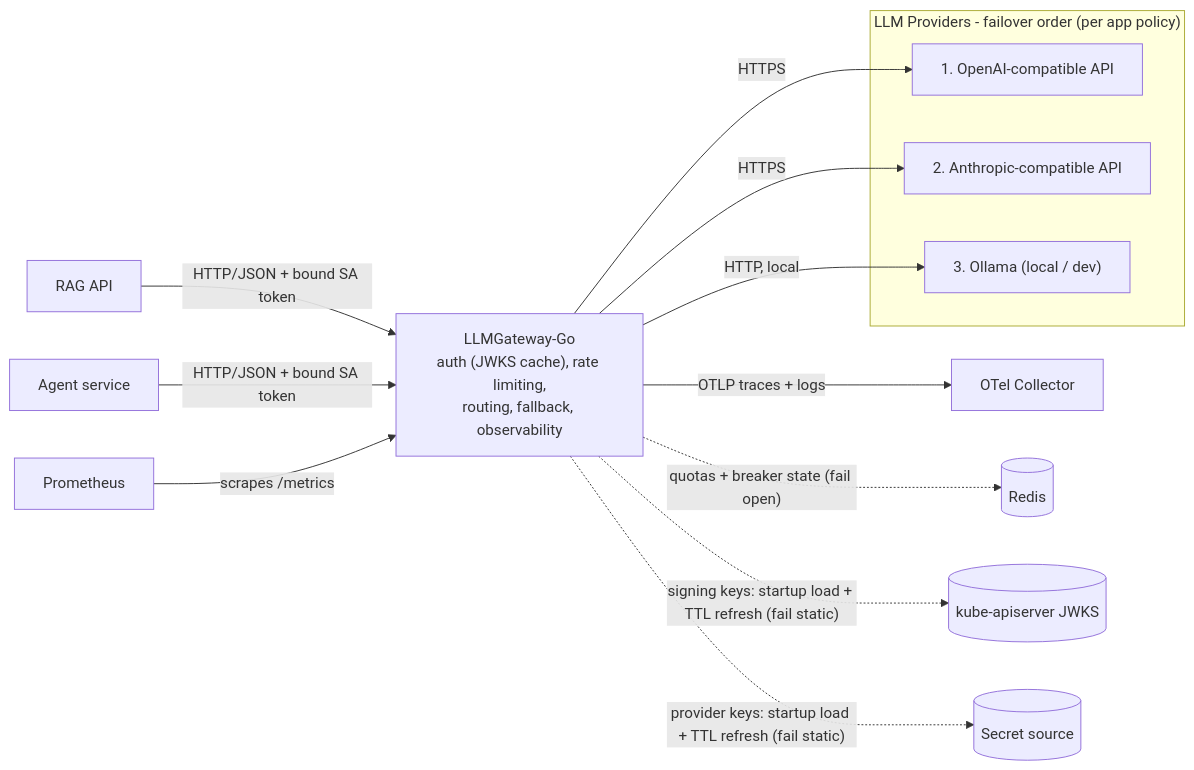
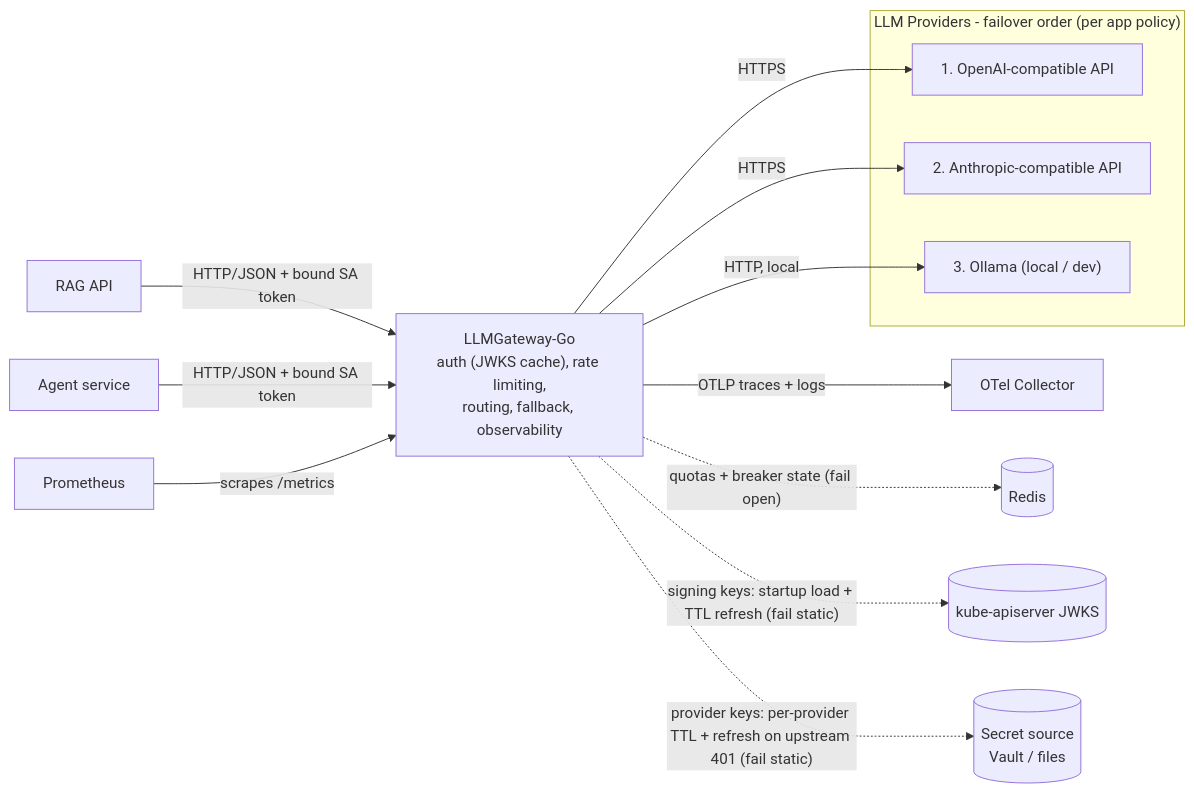
The diagram in README.md (FernasFragas/LLMGateway-Go), drawn with Mermaid before and after one commit. The commit also changed other lines of this file and 1 other file, not shown here.

````diff
--- a/README.md
+++ b/README.md
@@ -5,23 +6,23 @@
 ```mermaid
 graph LR
     RAG[RAG API] -->|"HTTP/JSON + bound SA token"| GW
     AGENT[Agent service] -->|"HTTP/JSON + bound SA token"| GW
     PROM[Prometheus] -->|scrapes /metrics| GW
 
     GW["LLMGateway-Go<br/>auth (JWKS cache), rate limiting,<br/>routing, fallback, observability"]
 
     subgraph PROVIDERS["LLM Providers - failover order (per app policy)"]
         P1["1. OpenAI-compatible API"]
         P2["2. Anthropic-compatible API"]
         P3["3. Ollama (local / dev)"]
     end
 
     GW -->|HTTPS| P1
     GW -->|HTTPS| P2
     GW -->|"HTTP, local"| P3
 
     GW -->|"OTLP traces + logs"| OTEL[OTel Collector]
     GW -.->|"quotas + breaker state (fail open)"| REDIS[("Redis")]
     GW -.->|"signing keys: startup load + TTL refresh (fail static)"| JWKS[("kube-apiserver JWKS")]
-    GW -.->|"provider keys: startup load + TTL refresh (fail static)"| SECRETS[("Secret source")]
+    GW -.->|"provider keys: per-provider TTL + refresh on upstream 401 (fail static)"| SECRETS[("Secret source<br/>Vault / files")]
 ```
````
